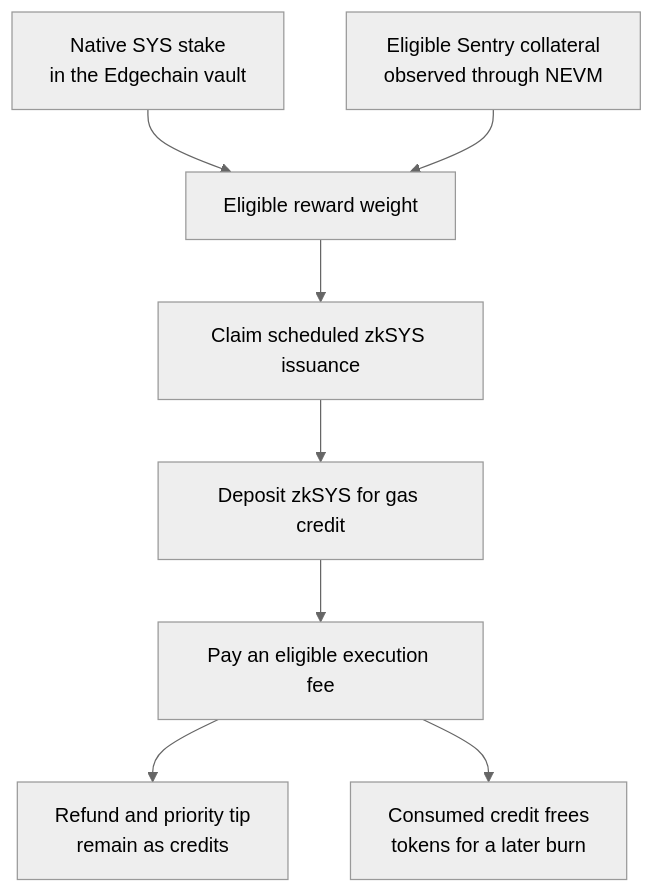
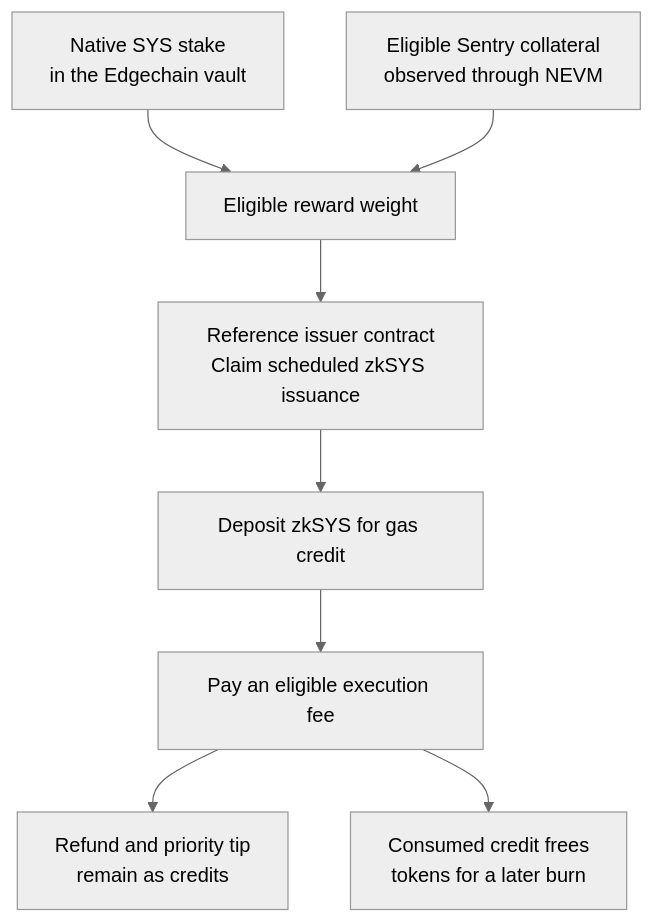
The second of 2 diagrams in docs/architecture/zksys.mdx (syscoin/sys-docs), drawn with Mermaid (neutral theme) before and after one commit. The commit also changed other lines of this file and 22 other files, not shown here.

````diff
--- a/docs/architecture/zksys.mdx
+++ b/docs/architecture/zksys.mdx
@@ -75,12 +75,12 @@
 ```mermaid
 flowchart TB
-    accTitle: How SYS stake can lead to a zkSYS gas payment
+    accTitle: Reference contracts — how SYS stake can lead to a zkSYS gas payment
     accDescr: Vault stake and observed Sentry collateral determine reward weight. Eligible accounts can claim scheduled zkSYS, deposit it for gas credit, and spend that credit on eligible fees. Base fees create surplus available to burn.
     Stake["Native SYS stake<br/>in the Edgechain vault"] --> Weight["Eligible reward weight"]
     Core["Eligible Sentry collateral<br/>observed through NEVM"] --> Weight
-    Weight --> Issuer["Claim scheduled zkSYS issuance"]
+    Weight --> Issuer["Reference issuer contract<br/>Claim scheduled zkSYS issuance"]
     Issuer --> Tank["Deposit zkSYS for gas credit"]
     Tank --> Charge["Pay an eligible execution fee"]
     Charge --> Refund["Refund and priority tip<br/>remain as credits"]
     Charge --> Burn["Consumed credit frees<br/>tokens for a later burn"]
 ```
````
